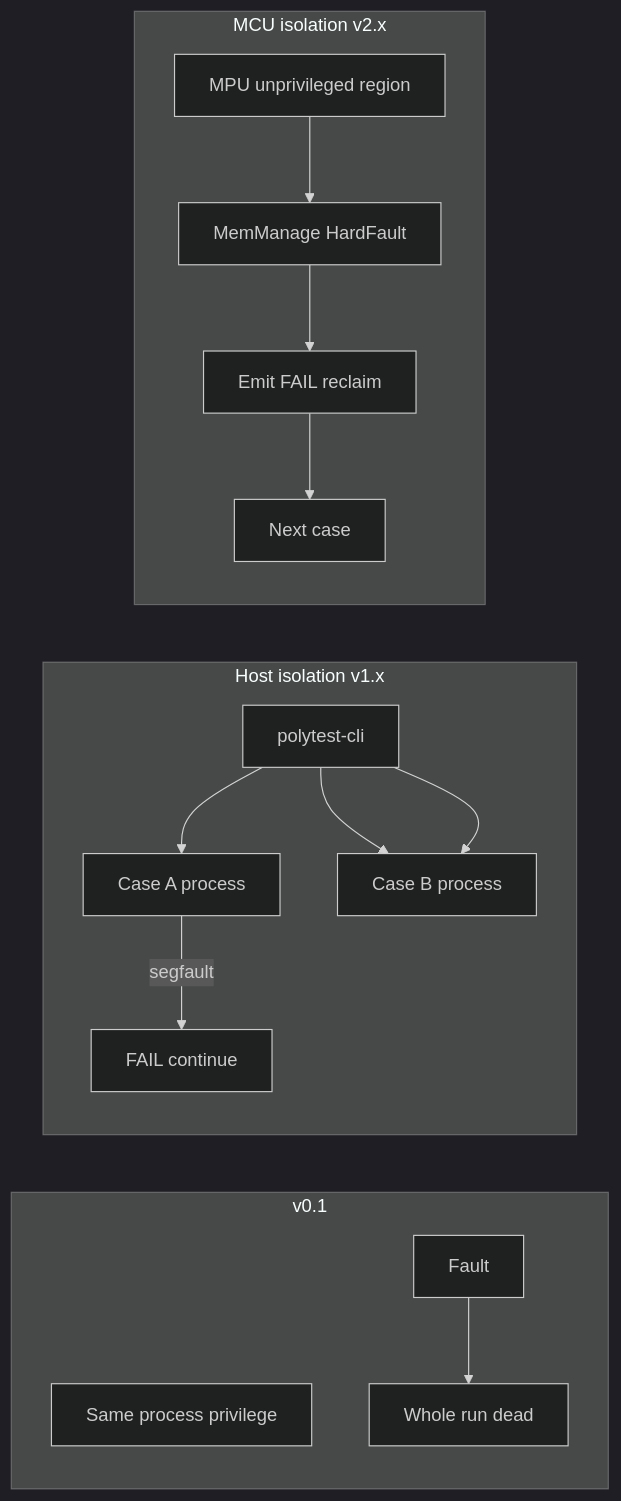
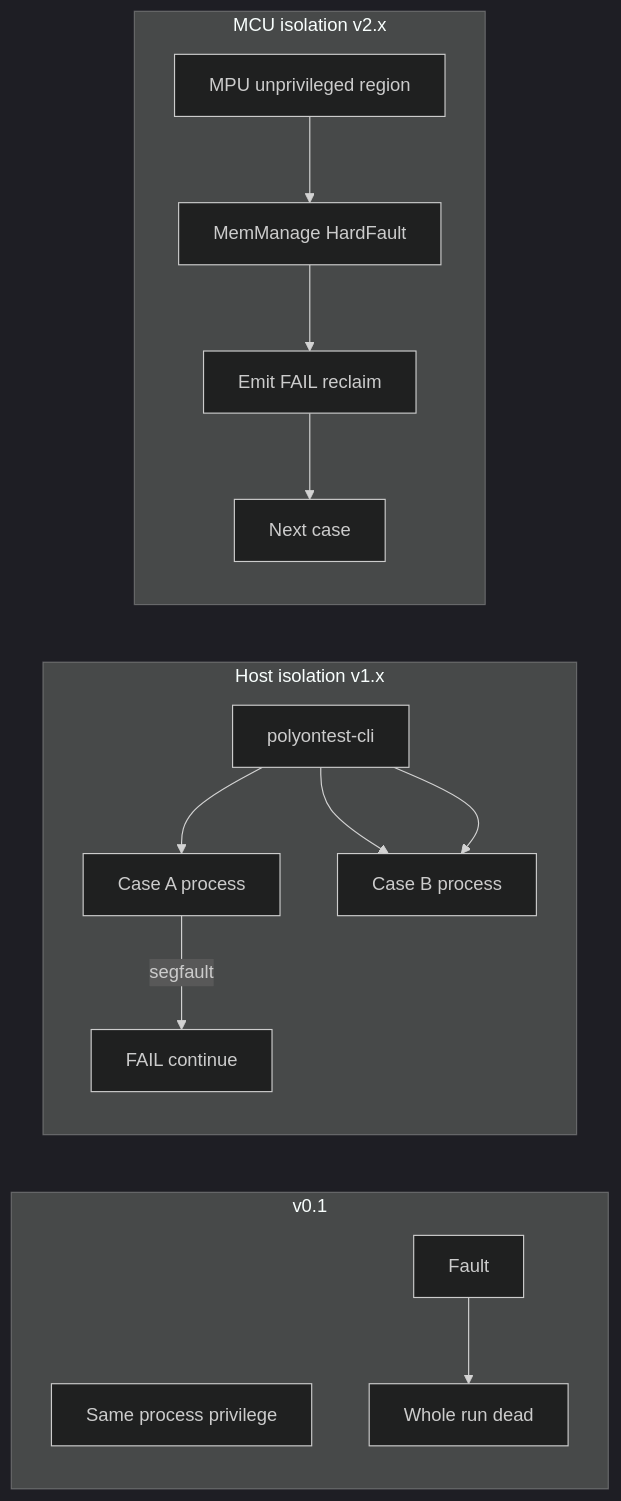
Before and after one commit to malto101/Open-PolyTest-Framework: the third of 8 diagrams in docs/roadmap.md, drawn with Mermaid (dark theme). The commit also changed other lines of this file and 93 other files, not shown here.

````diff
--- a/docs/roadmap.md
+++ b/docs/roadmap.md
@@ -153,22 +153,22 @@
 ```mermaid
 flowchart LR
   subgraph today [v0.1]
     sameProc[Same process privilege]
     crash[Fault] --> dead[Whole run dead]
   end
   subgraph hostTarget [Host isolation v1.x]
-    orch[polytest-cli]
+    orch[polyontest-cli]
     caseA[Case A process]
     caseB[Case B process]
     orch --> caseA
     orch --> caseB
     caseA -->|segfault| failA[FAIL continue]
     orch --> caseB
   end
   subgraph mcuTarget [MCU isolation v2.x]
     mpu[MPU unprivileged region]
     fault[MemManage HardFault]
     emit[Emit FAIL reclaim]
     mpu --> fault --> emit --> next[Next case]
   end
 ```
````
